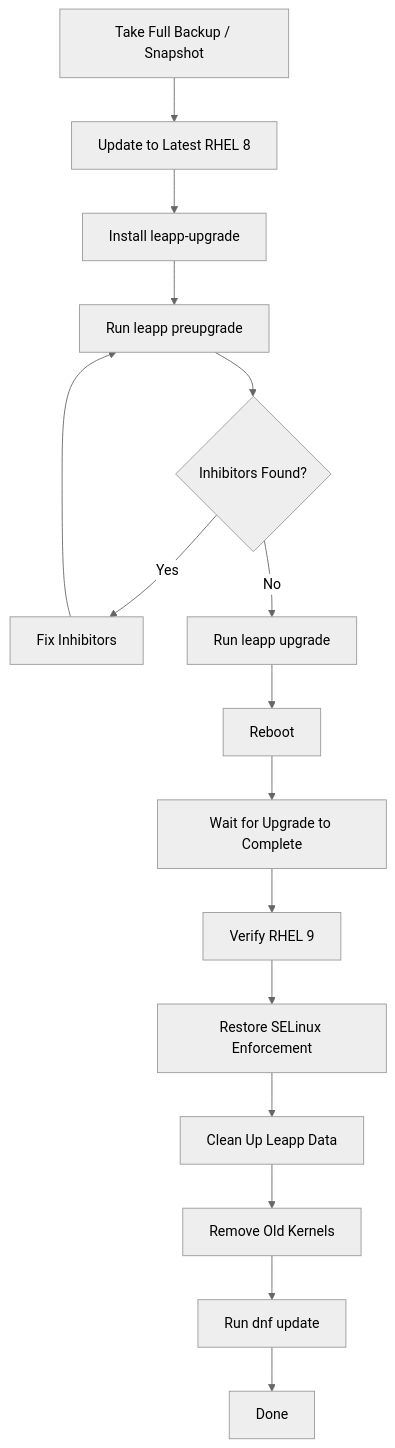
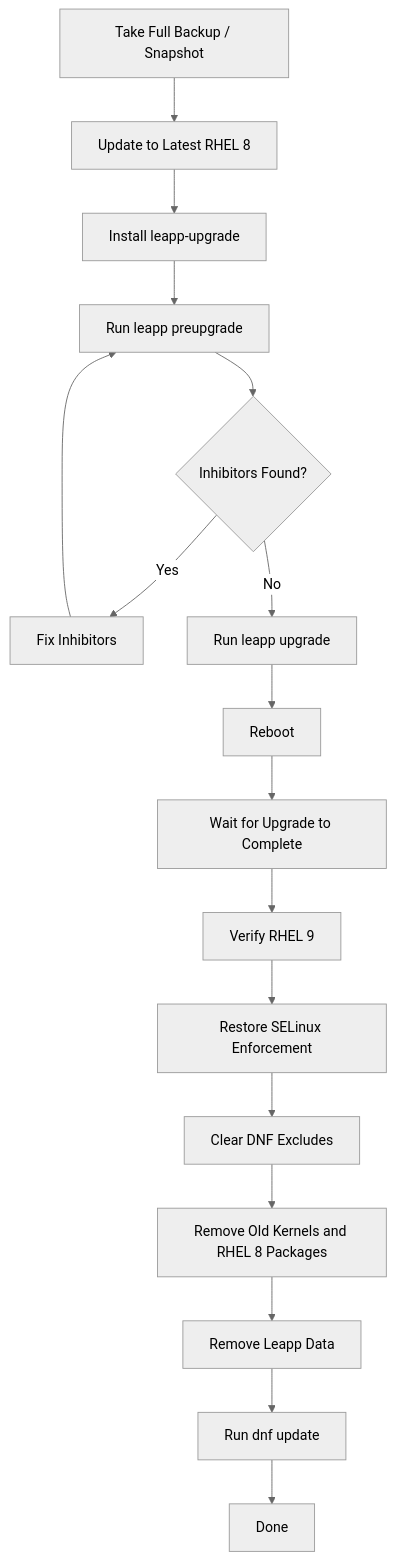
The second of 2 diagrams in posts/2026-03-04-upgrade-rhel-8-to-rhel-9-leapp/README.md (OneUptime/blog), drawn with Mermaid (neutral theme) before and after one commit. The commit also changed other lines of this file and 2 other files, not shown here.

Commit message:
validate: 2026-03-04-upgrade-rhel-8-to-rhel-9-leapp

````diff
--- a/posts/2026-03-04-upgrade-rhel-8-to-rhel-9-leapp/README.md
+++ b/posts/2026-03-04-upgrade-rhel-8-to-rhel-9-leapp/README.md
@@ -268,18 +276,19 @@
 ```mermaid
 flowchart TD
     A[Take Full Backup / Snapshot] --> B[Update to Latest RHEL 8]
     B --> C[Install leapp-upgrade]
     C --> D[Run leapp preupgrade]
     D --> E{Inhibitors Found?}
     E -->|Yes| F[Fix Inhibitors]
     F --> D
     E -->|No| G[Run leapp upgrade]
     G --> H[Reboot]
     H --> I[Wait for Upgrade to Complete]
     I --> J[Verify RHEL 9]
     J --> K[Restore SELinux Enforcement]
-    K --> L[Clean Up Leapp Data]
-    L --> M[Remove Old Kernels]
-    M --> N[Run dnf update]
-    N --> O[Done]
+    K --> L[Clear DNF Excludes]
+    L --> M[Remove Old Kernels and RHEL 8 Packages]
+    M --> N[Remove Leapp Data]
+    N --> O[Run dnf update]
+    O --> P[Done]
 ```
````
